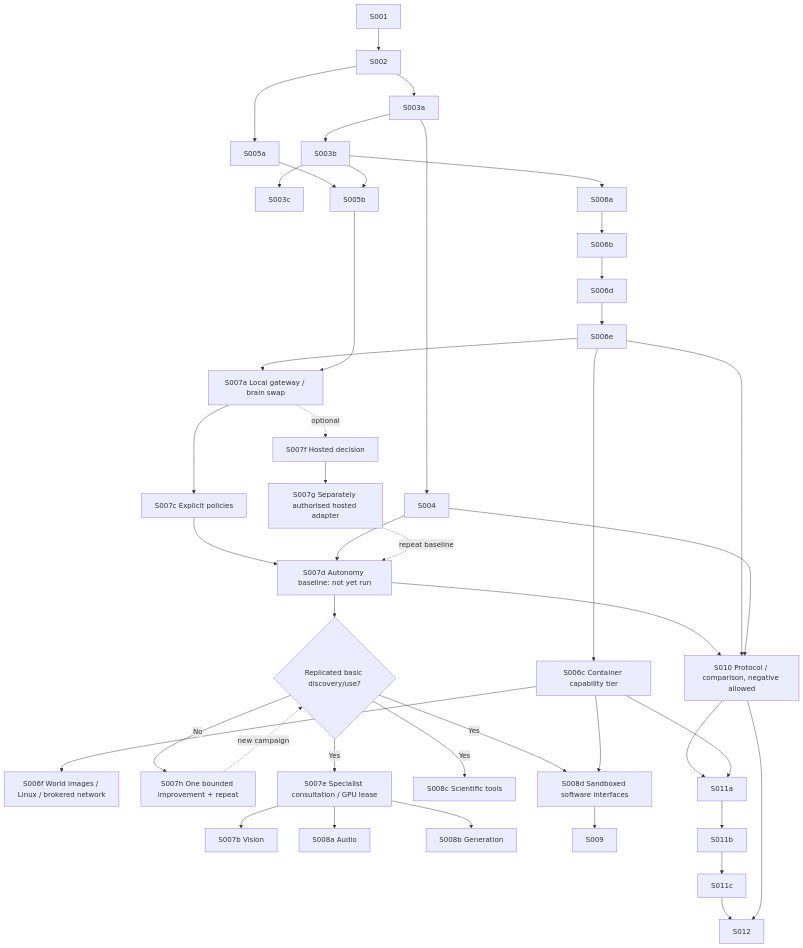
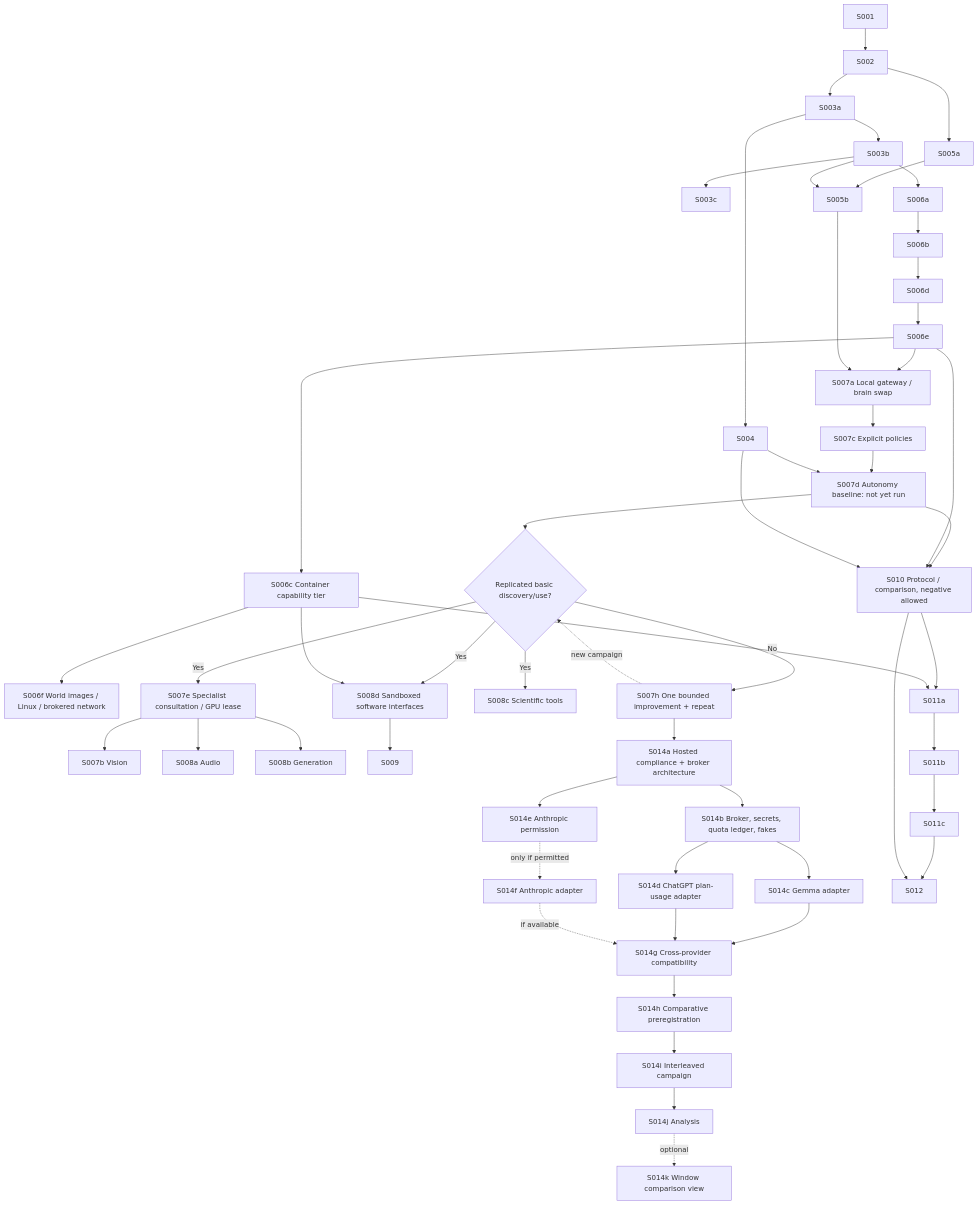
One commit to jfairfaxball-348/open-lab-builder changed the diagram in docs/roadmap/ROADMAP.md. Above: the diagram before and after it, drawn with Mermaid. The commit also changed other lines of this file and 7 other files, not shown here.

First line of the commit message:
S014a: assess hosted providers and fix the broker architecture

````diff
--- a/docs/roadmap/ROADMAP.md
+++ b/docs/roadmap/ROADMAP.md
@@ -42,34 +42,42 @@
 ```mermaid
 flowchart TD
     S001 --> S002 --> S003a --> S003b --> S003c
     S003a --> S004
     S002 --> S005a --> S005b
     S003b --> S005b
     S003b --> S006a --> S006b --> S006d --> S006e
     S006e --> S006c["S006c Container capability tier"]
     S006c --> S006f["S006f World images / Linux / brokered network"]
     S006e --> S007a["S007a Local gateway / brain swap"]
     S005b --> S007a
     S007a --> S007c["S007c Explicit policies"]
     S007c --> S007d["S007d Autonomy baseline: not yet run"]
     S004 --> S007d
     S007d --> Gate{"Replicated basic discovery/use?"}
     Gate -->|No| S007h["S007h One bounded improvement + repeat"]
     S007h -. new campaign .-> Gate
     Gate -->|Yes| S007e["S007e Specialist consultation / GPU lease"]
     S007e --> S007b["S007b Vision"]
     S007e --> S008a["S008a Audio"]
     S007e --> S008b["S008b Generation"]
     Gate -->|Yes| S008c["S008c Scientific tools"]
     Gate -->|Yes| S008d["S008d Sandboxed software interfaces"]
     S006c --> S008d --> S009
-    S007a -. optional .-> S007f["S007f Hosted decision"]
-    S007f --> S007g["S007g Separately authorised hosted adapter"]
-    S007g -. repeat baseline .-> S007d
+    S007h --> S014a["S014a Hosted compliance + broker architecture"]
+    S014a --> S014b["S014b Broker, secrets, quota ledger, fakes"]
+    S014b --> S014c["S014c Gemma adapter"]
+    S014b --> S014d["S014d ChatGPT plan-usage adapter"]
+    S014a --> S014e["S014e Anthropic permission"]
+    S014e -. only if permitted .-> S014f["S014f Anthropic adapter"]
+    S014c --> S014g["S014g Cross-provider compatibility"]
+    S014d --> S014g
+    S014f -. if available .-> S014g
+    S014g --> S014h["S014h Comparative preregistration"] --> S014i["S014i Interleaved campaign"] --> S014j["S014j Analysis"]
+    S014j -. optional .-> S014k["S014k Window comparison view"]
     S007d --> S010["S010 Protocol / comparison, negative allowed"]
     S006e --> S010
     S004 --> S010
     S010 --> S011a --> S011b --> S011c --> S012
     S006c --> S011a
     S010 --> S012
 ```
````
